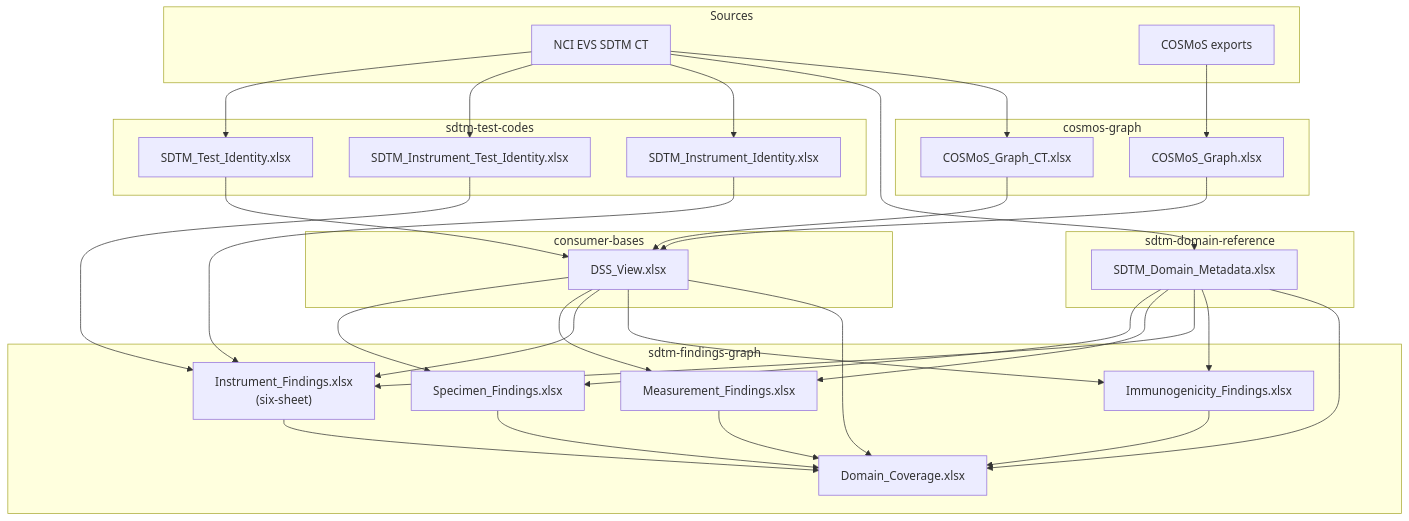
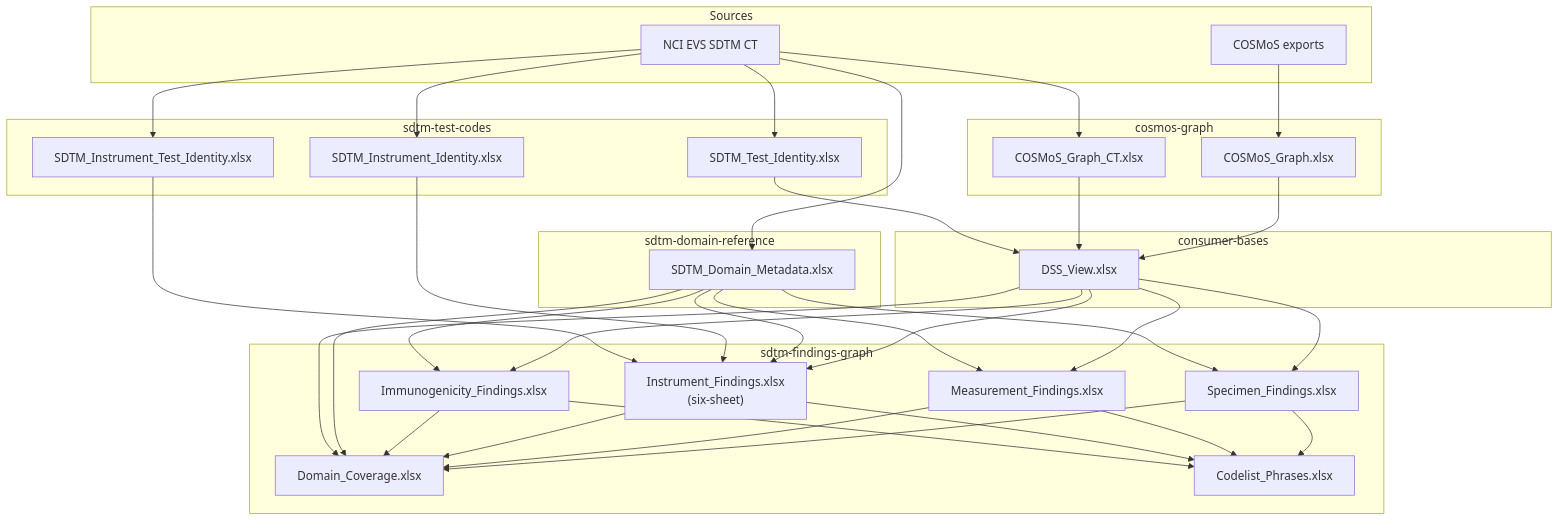
Before and after one commit to kerfors/cdisc-for-ai: the first of 2 diagrams in docs/Data_Flow.md, drawn with Mermaid. The commit also changed other lines of this file and 7 other files, not shown here.

First line of the commit message:
Codelist_Phrases: phrase index over the Findings codelists (facts only)

````diff
--- a/docs/Data_Flow.md
+++ b/docs/Data_Flow.md
@@ -9,62 +9,67 @@
 ```mermaid
 graph TD
     subgraph Sources
         EVS["NCI EVS SDTM CT"]
         COS["COSMoS exports"]
     end
 
     subgraph sdtm-test-codes
         TI["SDTM_Test_Identity.xlsx"]
         ITI["SDTM_Instrument_Test_Identity.xlsx"]
         II["SDTM_Instrument_Identity.xlsx"]
     end
 
     subgraph cosmos-graph
         CG["COSMoS_Graph.xlsx"]
         CGC["COSMoS_Graph_CT.xlsx"]
     end
 
     subgraph sdtm-domain-reference
         DM["SDTM_Domain_Metadata.xlsx"]
     end
 
     subgraph consumer-bases
         DV["DSS_View.xlsx"]
     end
 
     subgraph sdtm-findings-graph
         SF["Specimen_Findings.xlsx"]
         MF["Measurement_Findings.xlsx"]
         IF["Instrument_Findings.xlsx<br/>(six-sheet)"]
         IMF["Immunogenicity_Findings.xlsx"]
         DC["Domain_Coverage.xlsx"]
+        CPH["Codelist_Phrases.xlsx"]
     end
 
     EVS --> TI
     EVS --> ITI
     EVS --> II
     EVS --> DM
     EVS --> CGC
     COS --> CG
 
     CG --> DV
     CGC --> DV
     TI --> DV
 
     DV --> SF
     DV --> MF
     DV --> IF
     DV --> IMF
     DM --> SF
     DM --> MF
     DM --> IF
     DM --> IMF
     II --> IF
     ITI --> IF
     SF --> DC
     MF --> DC
     IF --> DC
     IMF --> DC
+    SF --> CPH
+    MF --> CPH
+    IF --> CPH
+    IMF --> CPH
     DM --> DC
     DV --> DC
 ```
````
